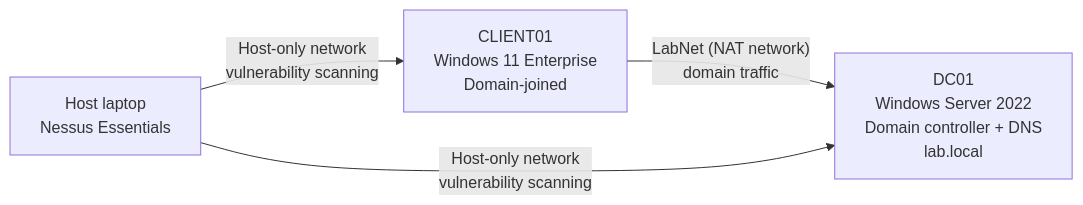
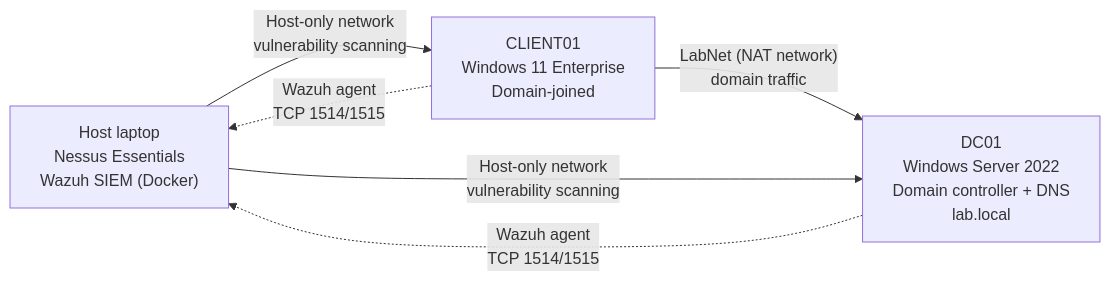
Before and after one commit to Rico-95/soc-home-lab: the diagram in README.md, drawn with Mermaid. The commit also changed other lines of this file and 6 other files, not shown here.

````diff
--- a/README.md
+++ b/README.md
@@ -9,9 +9,11 @@
 ```mermaid
 flowchart LR
-    host["Host laptop<br/>Nessus Essentials"]
+    host["Host laptop<br/>Nessus Essentials<br/>Wazuh SIEM (Docker)"]
     dc["DC01<br/>Windows Server 2022<br/>Domain controller + DNS<br/>lab.local"]
     cl["CLIENT01<br/>Windows 11 Enterprise<br/>Domain-joined"]
     cl -- "LabNet (NAT network)<br/>domain traffic" --> dc
+    dc -. "Wazuh agent<br/>TCP 1514/1515" .-> host
+    cl -. "Wazuh agent<br/>TCP 1514/1515" .-> host
     host -- "Host-only network<br/>vulnerability scanning" --> dc
     host -- "Host-only network<br/>vulnerability scanning" --> cl
 ```
````
